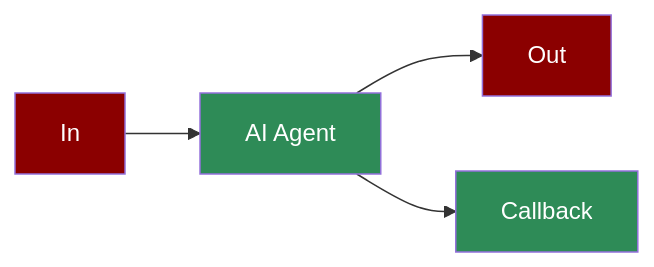
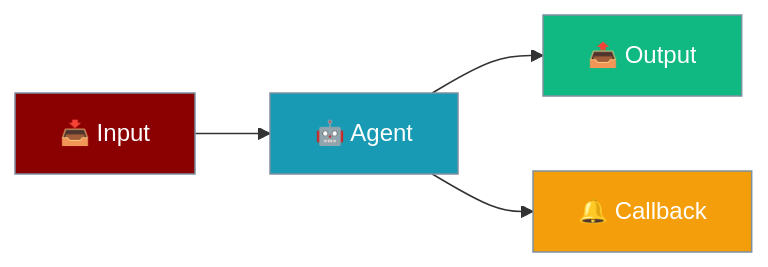
The first of 2 diagrams in docs/features/callbacks.mdx (MervinPraison/PraisonAIDocs), drawn with Mermaid before and after one commit. The commit also changed other lines of this file and 4 other files, not shown here.

````diff
--- a/docs/features/callbacks.mdx
+++ b/docs/features/callbacks.mdx
@@ -8,11 +10,16 @@
 ```mermaid
-flowchart LR
-    In[In] --> Agent[AI Agent]
-    Agent --> Out[Out]
-    Agent --> Callback[Callback]
+graph LR
+    In["📥 Input"] --> Agent["🤖 Agent"]
+    Agent --> Out["📤 Output"]
+    Agent --> Callback["🔔 Callback"]
     
-    style In fill:#8B0000,color:#fff
-    style Agent fill:#2E8B57,color:#fff
-    style Callback fill:#2E8B57,color:#fff
-    style Out fill:#8B0000,color:#fff
+    classDef input fill:#8B0000,stroke:#7C90A0,color:#fff
+    classDef agent fill:#189AB4,stroke:#7C90A0,color:#fff
+    classDef output fill:#10B981,stroke:#7C90A0,color:#fff
+    classDef callback fill:#F59E0B,stroke:#7C90A0,color:#fff
+
+    class In input
+    class Agent agent
+    class Out output
+    class Callback callback
 ```
````
